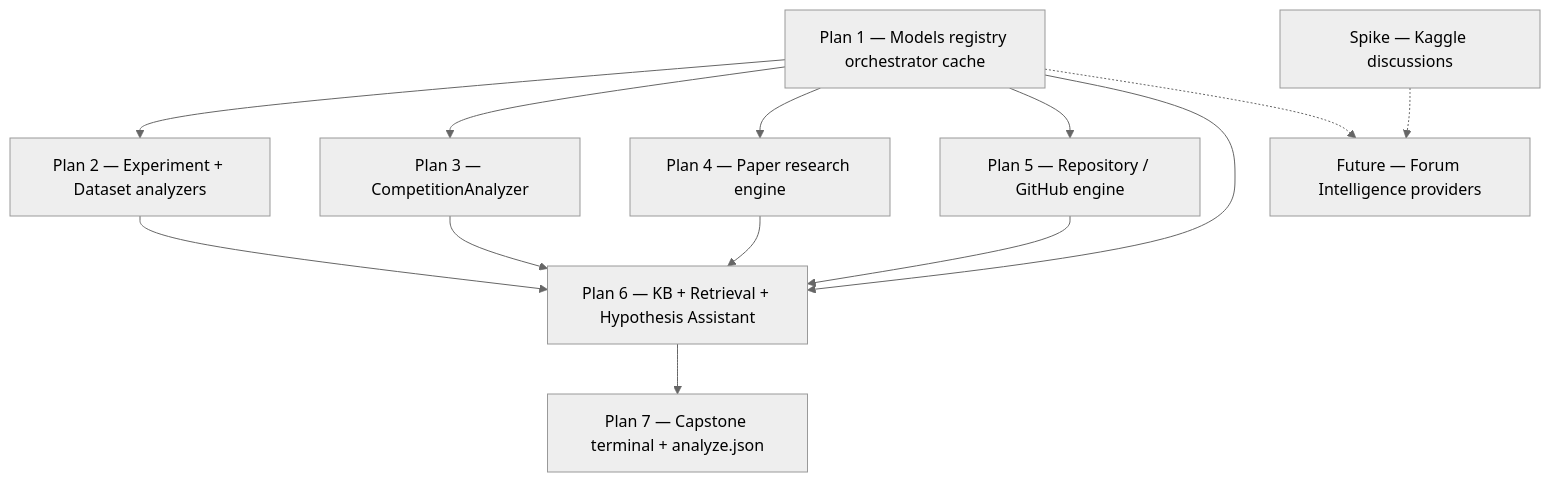
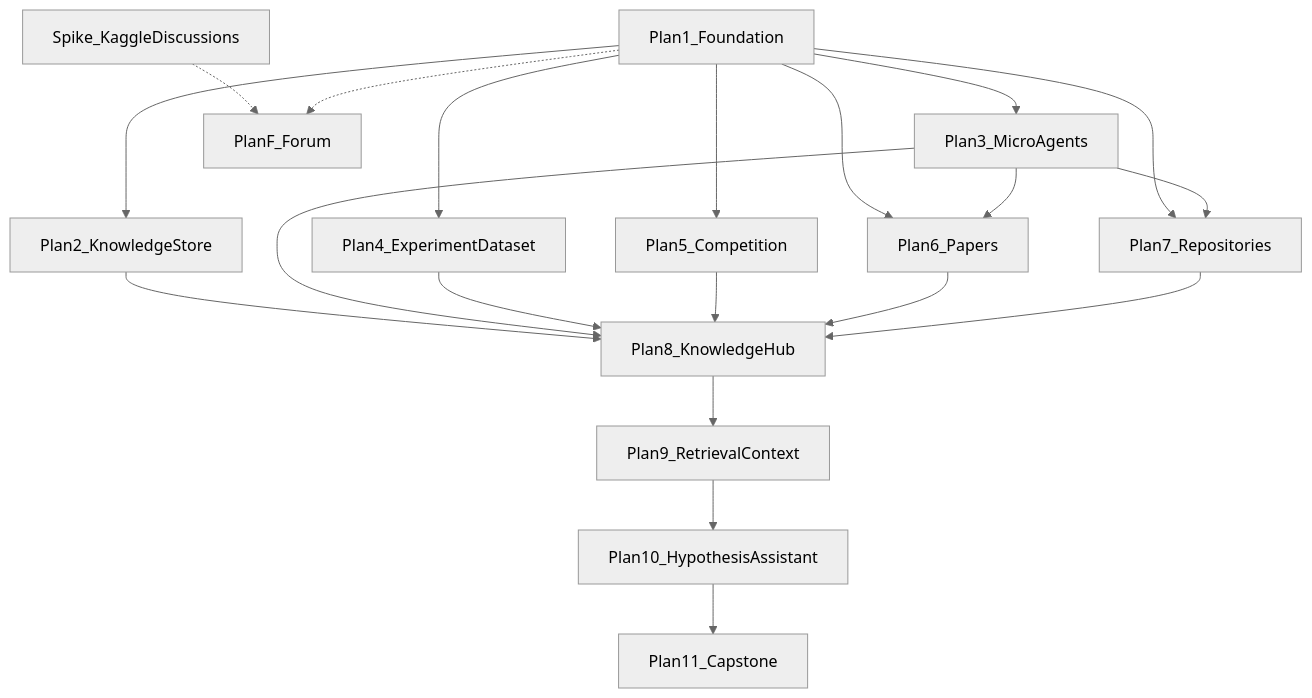
Before and after one commit to sadiq18/labpilot: the fourth of 4 diagrams in docs/milestones/milestone-3/README.md, drawn with Mermaid (neutral theme). The commit also changed other lines of this file and 15 other files, not shown here.

First line of the commit message:
Add Milestone 3 implementation plans 1–11, spike, and Plan F.

````diff
--- a/docs/milestones/milestone-3/README.md
+++ b/docs/milestones/milestone-3/README.md
@@ -3373,25 +3382,36 @@
 ```mermaid
 flowchart TD
-    P1[Plan 1 — Models registry orchestrator cache]
-    P2[Plan 2 — Experiment + Dataset analyzers]
-    P3[Plan 3 — CompetitionAnalyzer]
-    P4[Plan 4 — Paper research engine]
-    P5[Plan 5 — Repository / GitHub engine]
-    P6[Plan 6 — KB + Retrieval + Hypothesis Assistant]
-    P7[Plan 7 — Capstone terminal + analyze.json]
-    Spike[Spike — Kaggle discussions]
-    Fut[Future — Forum Intelligence providers]
+  P1[Plan1_Foundation]
+  P2[Plan2_KnowledgeStore]
+  P3[Plan3_MicroAgents]
+  P4[Plan4_ExperimentDataset]
+  P5[Plan5_Competition]
+  P6[Plan6_Papers]
+  P7[Plan7_Repositories]
+  P8[Plan8_KnowledgeHub]
+  P9[Plan9_RetrievalContext]
+  P10[Plan10_HypothesisAssistant]
+  P11[Plan11_Capstone]
+  Spike[Spike_KaggleDiscussions]
+  PF[PlanF_Forum]
 
-    P1 --> P2
-    P1 --> P3
-    P1 --> P4
-    P1 --> P5
-    P1 --> P6
-    P2 --> P6
-    P3 --> P6
-    P4 --> P6
-    P5 --> P6
-    P6 --> P7
-    Spike -.-> Fut
-    P1 -.-> Fut
+  P1 --> P2
+  P1 --> P3
+  P1 --> P4
+  P1 --> P5
+  P1 --> P6
+  P1 --> P7
+  P2 --> P8
+  P3 --> P6
+  P3 --> P7
+  P3 --> P8
+  P4 --> P8
+  P5 --> P8
+  P6 --> P8
+  P7 --> P8
+  P8 --> P9
+  P9 --> P10
+  P10 --> P11
+  Spike -.-> PF
+  P1 -.-> PF
 ```
````
